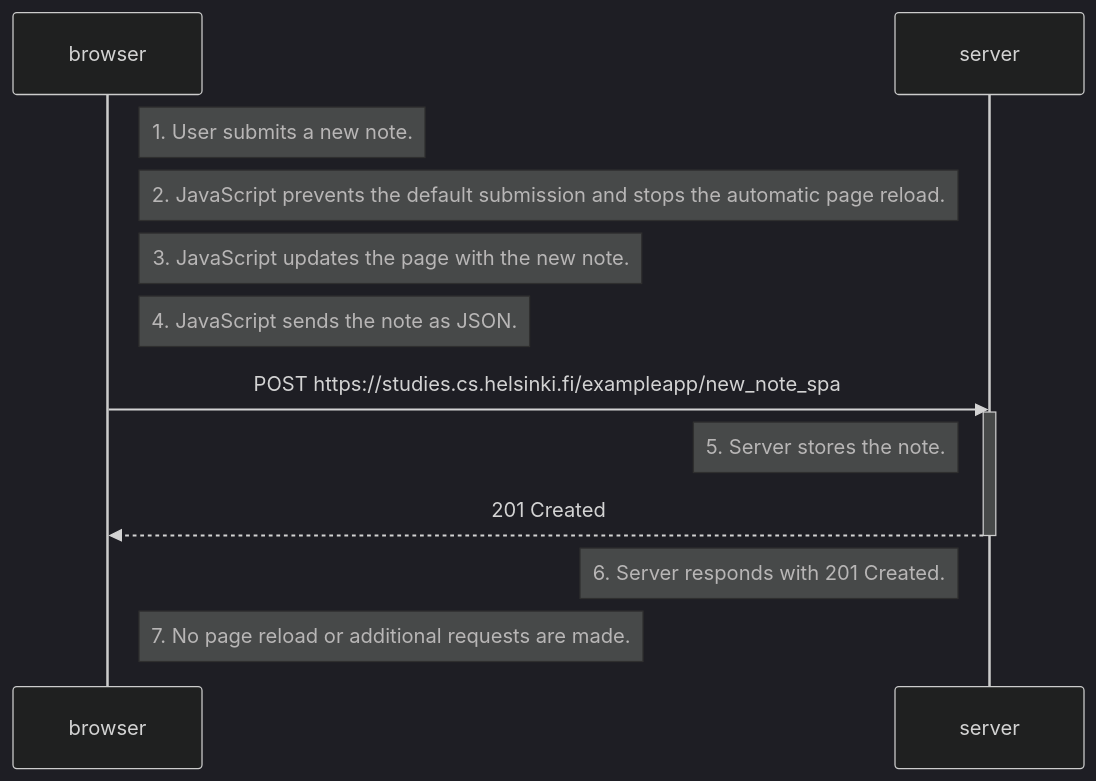
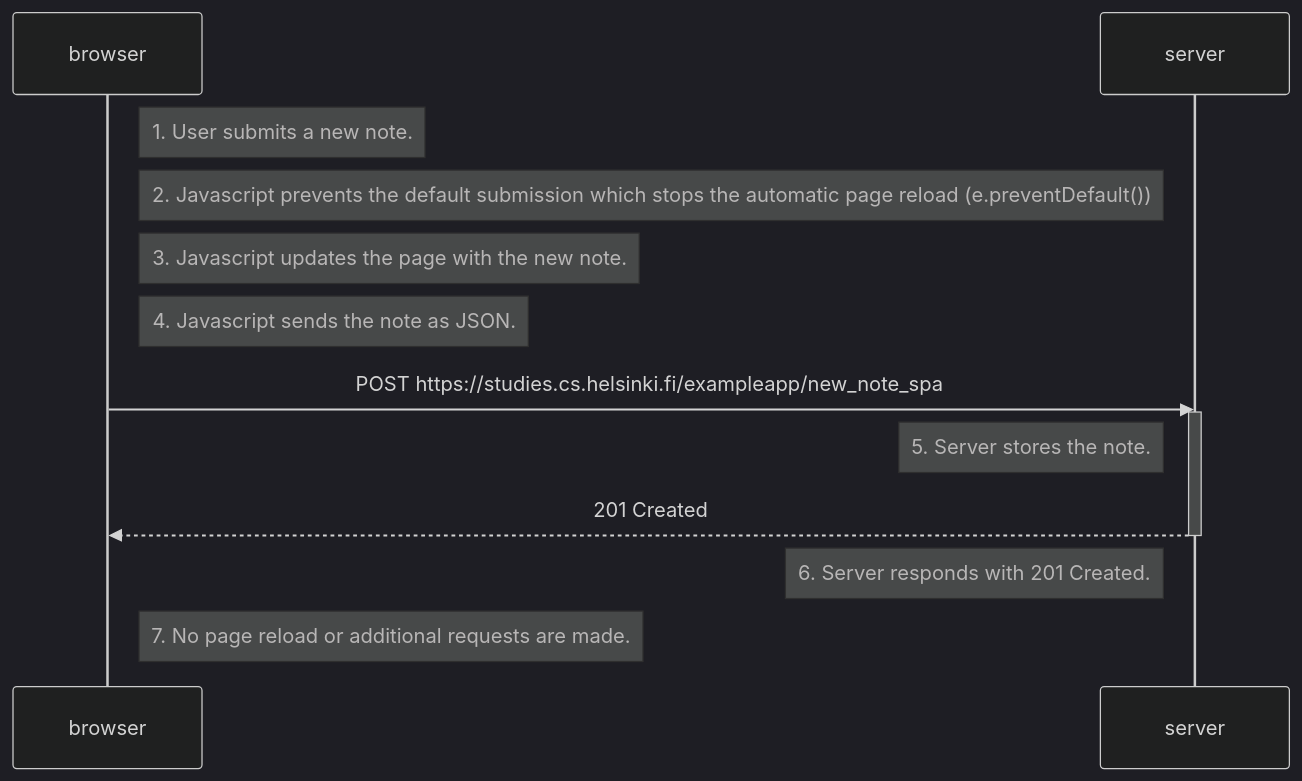
Before and after one commit to DrFinger2/fullstackopen-2026: the diagram in osa0/0.6.md, drawn with Mermaid (dark theme).

````diff
--- a/osa0/0.6.md
+++ b/osa0/0.6.md
@@ -1,17 +1,17 @@
 ```mermaid
 sequenceDiagram
     participant browser
     participant server
 
     Note right of browser: 1. User submits a new note.
-    Note right of browser: 2. JavaScript prevents the default submission and stops the automatic page reload.
-    Note right of browser: 3. JavaScript updates the page with the new note.
-    Note right of browser: 4. JavaScript sends the note as JSON.
+    Note right of browser: 2. Javascript prevents the default submission which stops the automatic page reload (e.preventDefault())
+    Note right of browser: 3. Javascript updates the page with the new note.
+    Note right of browser: 4. Javascript sends the note as JSON.
     browser->>server: POST https://studies.cs.helsinki.fi/exampleapp/new_note_spa
     activate server
     Note left of server: 5. Server stores the note.
     server-->>browser: 201 Created
     deactivate server
     Note left of server: 6. Server responds with 201 Created.
     Note right of browser: 7. No page reload or additional requests are made.
 ```
````
